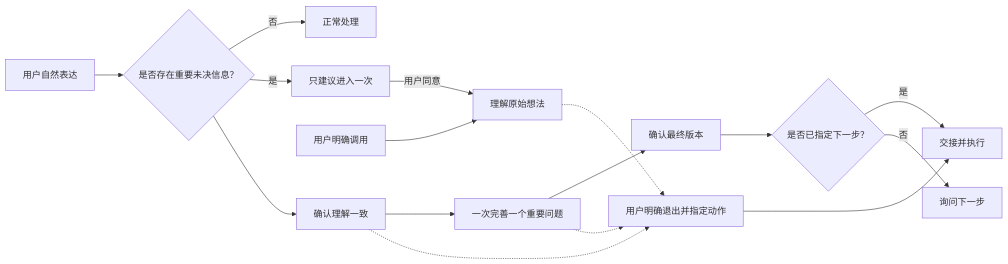
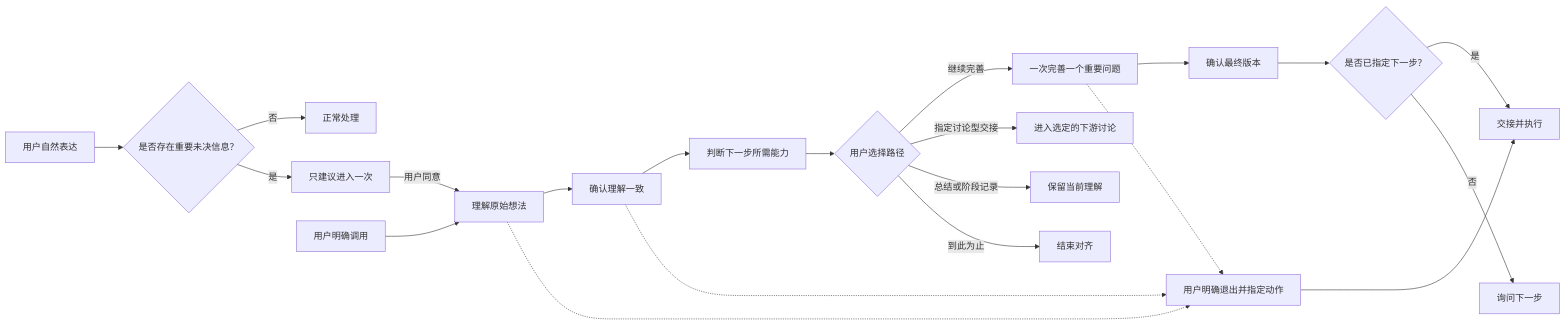
Before and after one commit to Persistloner/align-before-action: the diagram in README.zh-CN.md, drawn with Mermaid. The commit also changed other lines of this file and 13 other files, not shown here.

Commit message:
Refine alignment flow and cross-platform guidance

````diff
--- a/README.zh-CN.md
+++ b/README.zh-CN.md
@@ -34,18 +38,23 @@
 ```mermaid
 flowchart LR
     A["用户自然表达"] --> B{"是否存在重要未决信息？"}
     B -->|"否"| N["正常处理"]
     B -->|"是"| S["只建议进入一次"]
     S -->|"用户同意"| B2["理解原始想法"]
     A2["用户明确调用"] --> B2
-    B --> C["确认理解一致"]
-    C --> D["一次完善一个重要问题"]
+    B2 --> C["确认理解一致"]
+    C --> P["判断下一步所需能力"]
+    P --> R{"用户选择路径"}
+    R -->|"继续完善"| D["一次完善一个重要问题"]
+    R -->|"指定讨论型交接"| W["进入选定的下游讨论"]
+    R -->|"总结或阶段记录"| T["保留当前理解"]
+    R -->|"到此为止"| H["结束对齐"]
     D --> E["确认最终版本"]
     E --> F{"是否已指定下一步？"}
     F -->|"是"| G["交接并执行"]
-    F -->|"否"| H["询问下一步"]
+    F -->|"否"| Q["询问下一步"]
     X["用户明确退出并指定动作"] --> G
     B2 -.-> X
     C -.-> X
     D -.-> X
 ```
````
